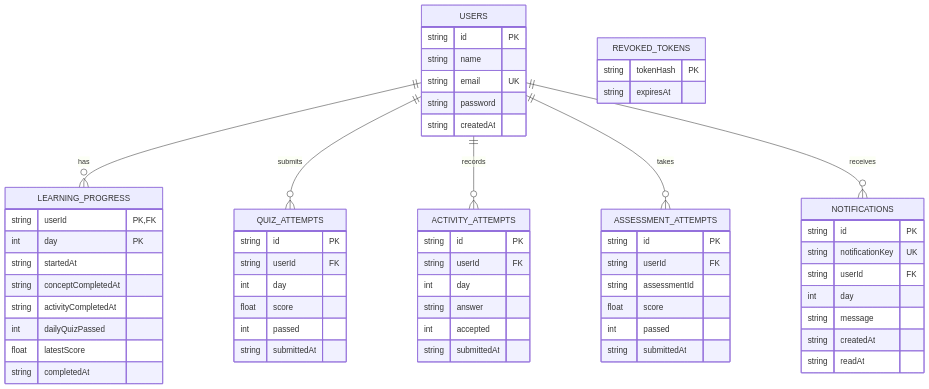
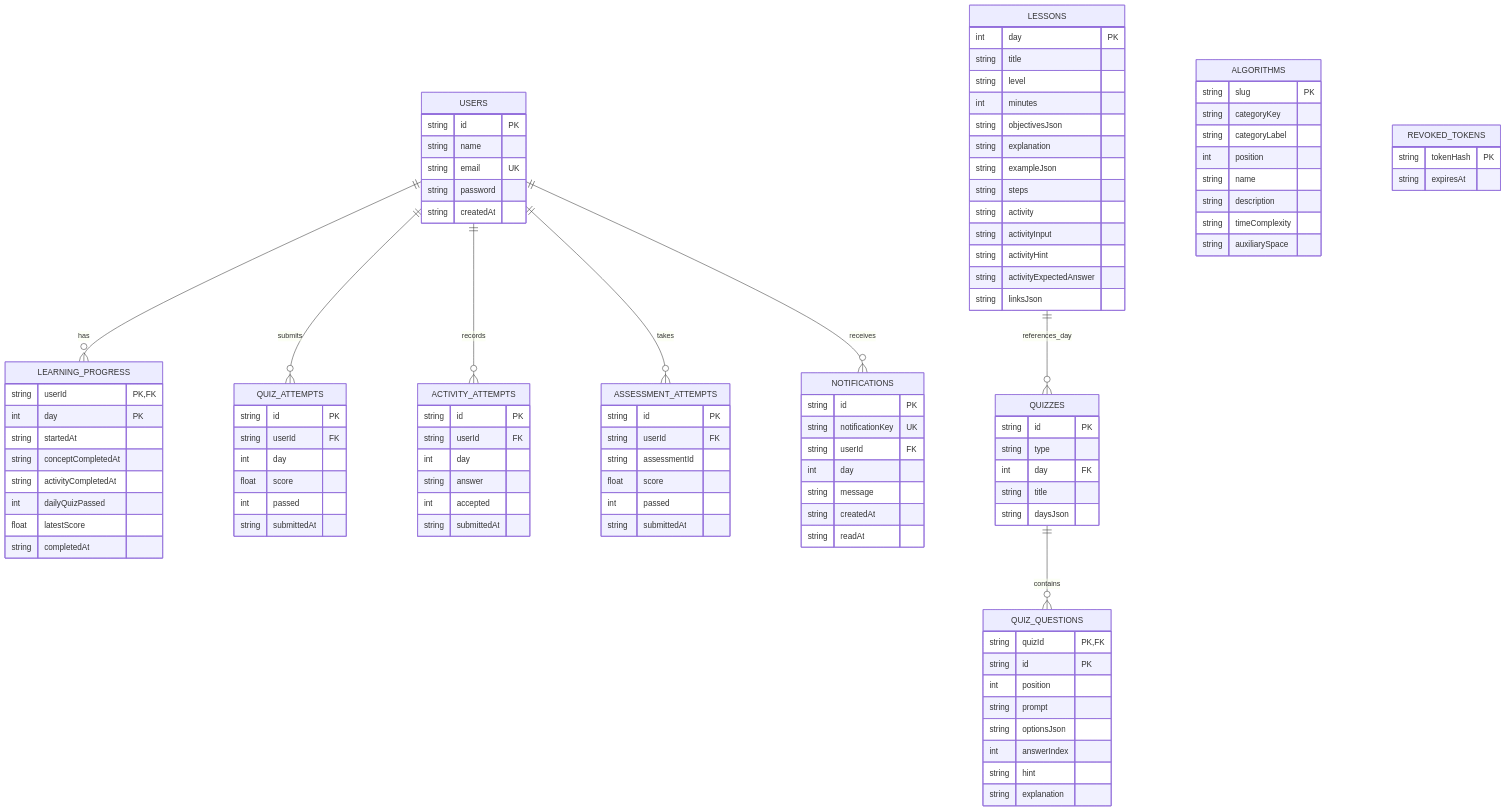
The third of 7 diagrams in FINAL_PROJECT_REPORT_SUBMISSION/FINAL_PROJECT_REPORT.md (piyushuttamsawant99-hub/Algorithms-Hub), drawn with Mermaid before and after one commit. The commit also changed other lines of this file and 21 other files, not shown here.

```diff
--- a/FINAL_PROJECT_REPORT_SUBMISSION/FINAL_PROJECT_REPORT.md
+++ b/FINAL_PROJECT_REPORT_SUBMISSION/FINAL_PROJECT_REPORT.md
@@ -311,6 +275,54 @@
     USERS ||--o{ ACTIVITY_ATTEMPTS : records
     USERS ||--o{ ASSESSMENT_ATTEMPTS : takes
     USERS ||--o{ NOTIFICATIONS : receives
+    LESSONS ||--o{ QUIZZES : references_day
+    QUIZZES ||--o{ QUIZ_QUESTIONS : contains
+
+    ALGORITHMS {
+        string slug PK
+        string categoryKey
+        string categoryLabel
+        int position
+        string name
+        string description
+        string timeComplexity
+        string auxiliarySpace
+    }
+
+    LESSONS {
+        int day PK
+        string title
+        string level
+        int minutes
+        string objectivesJson
+        string explanation
+        string exampleJson
+        string steps
+        string activity
+        string activityInput
+        string activityHint
+        string activityExpectedAnswer
+        string linksJson
+    }
+
+    QUIZZES {
+        string id PK
+        string type
+        int day FK
+        string title
+        string daysJson
+    }
+
+    QUIZ_QUESTIONS {
+        string quizId PK,FK
+        string id PK
+        int position
+        string prompt
+        string optionsJson
+        int answerIndex
+        string hint
+        string explanation
+    }
 
     USERS {
         string id PK
```
